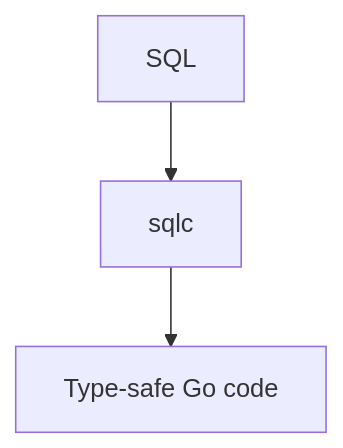
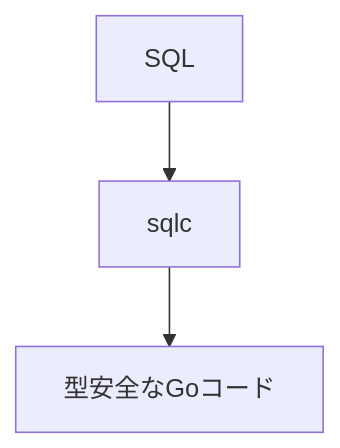
One commit to Tomy-ch/go-boilerplate changed the sixth of 7 diagrams in docs/index.md. Above: the diagram before and after it, drawn with Mermaid. The commit also changed other lines of this file and 970 other files, not shown here.

````diff
--- a/docs/index.md
+++ b/docs/index.md
@@ -101,4 +101,4 @@
 ```mermaid
 flowchart TB
-    SQL --> Sqlc["sqlc"] --> Code["Type-safe Go code"]
+    SQL --> Sqlc["sqlc"] --> Code["型安全なGoコード"]
 ```
````
